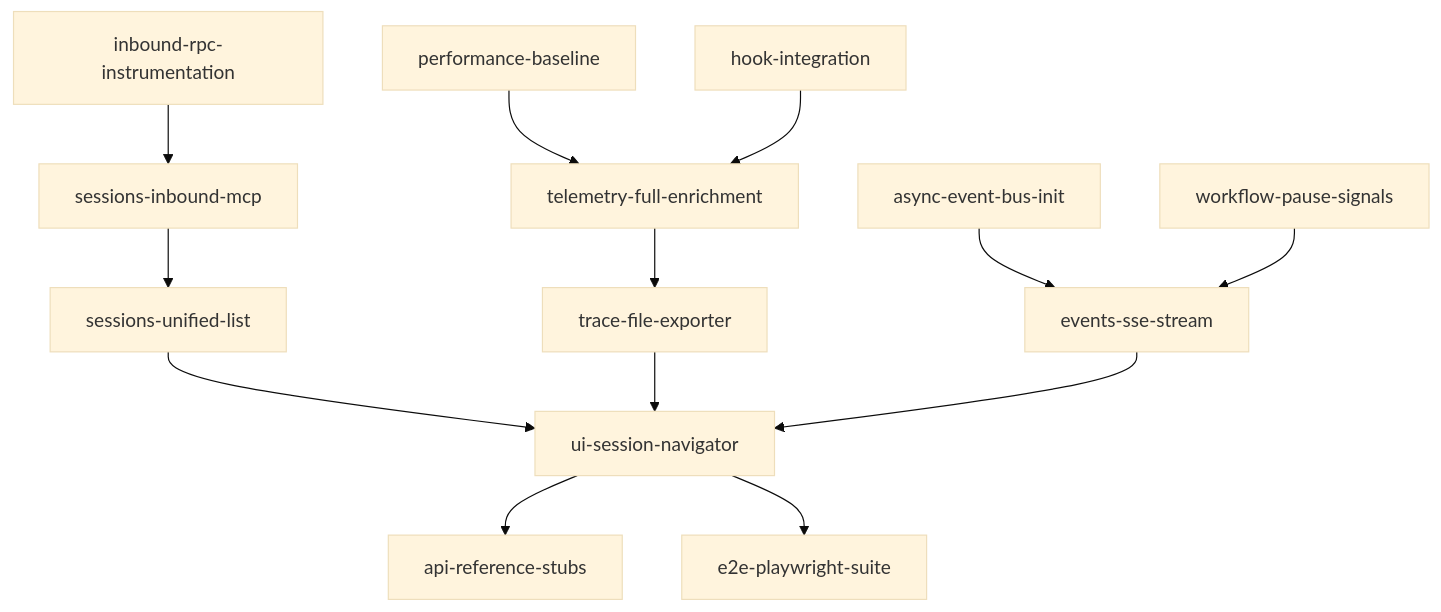
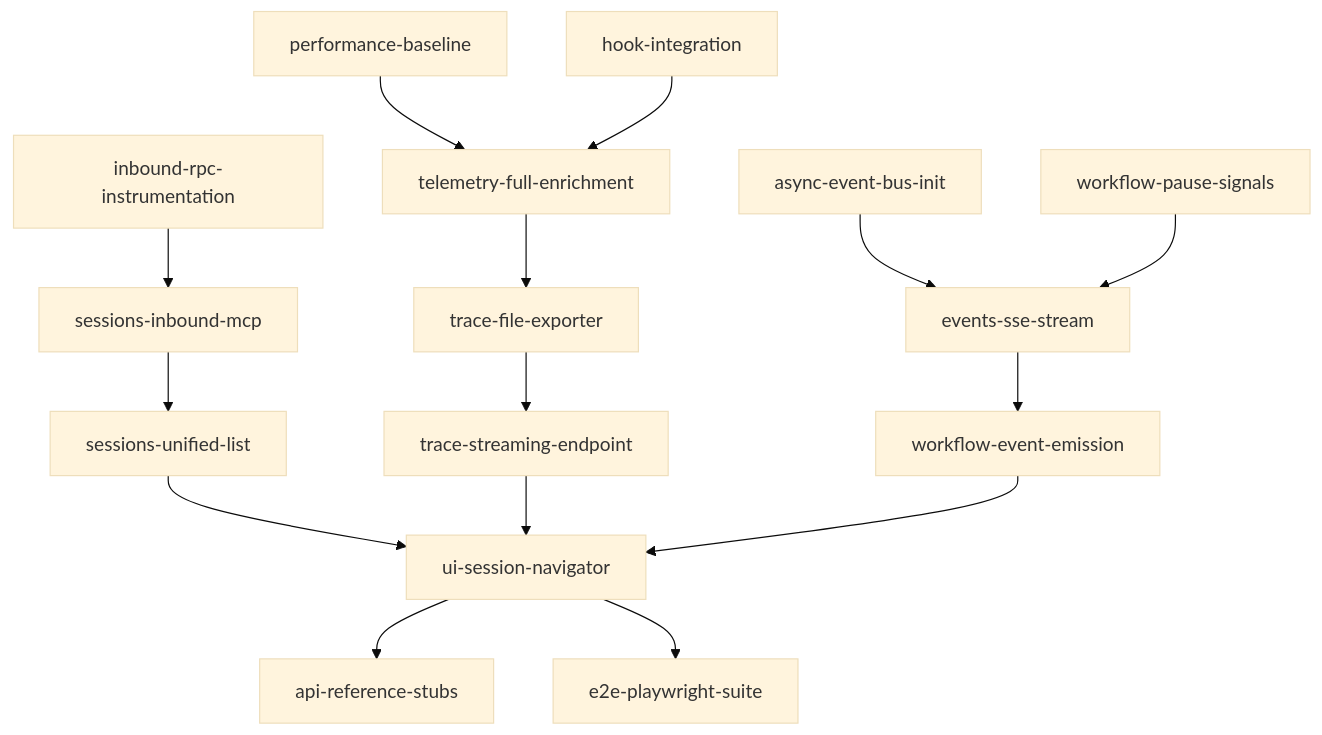
The diagram in docs/inspector/milestones/2-observe/README.md (jsedgwick/mcp-agent), drawn with Mermaid (base theme) before and after one commit. The commit also changed other lines of this file and 22 other files, not shown here.

````diff
--- a/docs/inspector/milestones/2-observe/README.md
+++ b/docs/inspector/milestones/2-observe/README.md
@@ -295,15 +372,17 @@
 ```mermaid
 graph TD
     FIX[async-event-bus-init] --> C[events-sse-stream]
     PERF[performance-baseline] --> D[telemetry-full-enrichment]
     DOCS[hook-integration] --> D
     A[sessions-unified-list] --> G[ui-session-navigator]
-    B[trace-file-exporter] --> G
-    C --> G
+    B[trace-file-exporter] --> TSE[trace-streaming-endpoint]
+    TSE --> G
+    C --> WEE[workflow-event-emission]
+    WEE --> G
     D --> B
     E[sessions-inbound-mcp] --> A
     IRPC[inbound-rpc-instrumentation] --> E
     F[workflow-pause-signals] --> C
     G --> H[api-reference-stubs]
     G --> I[e2e-playwright-suite]
 ```
````
